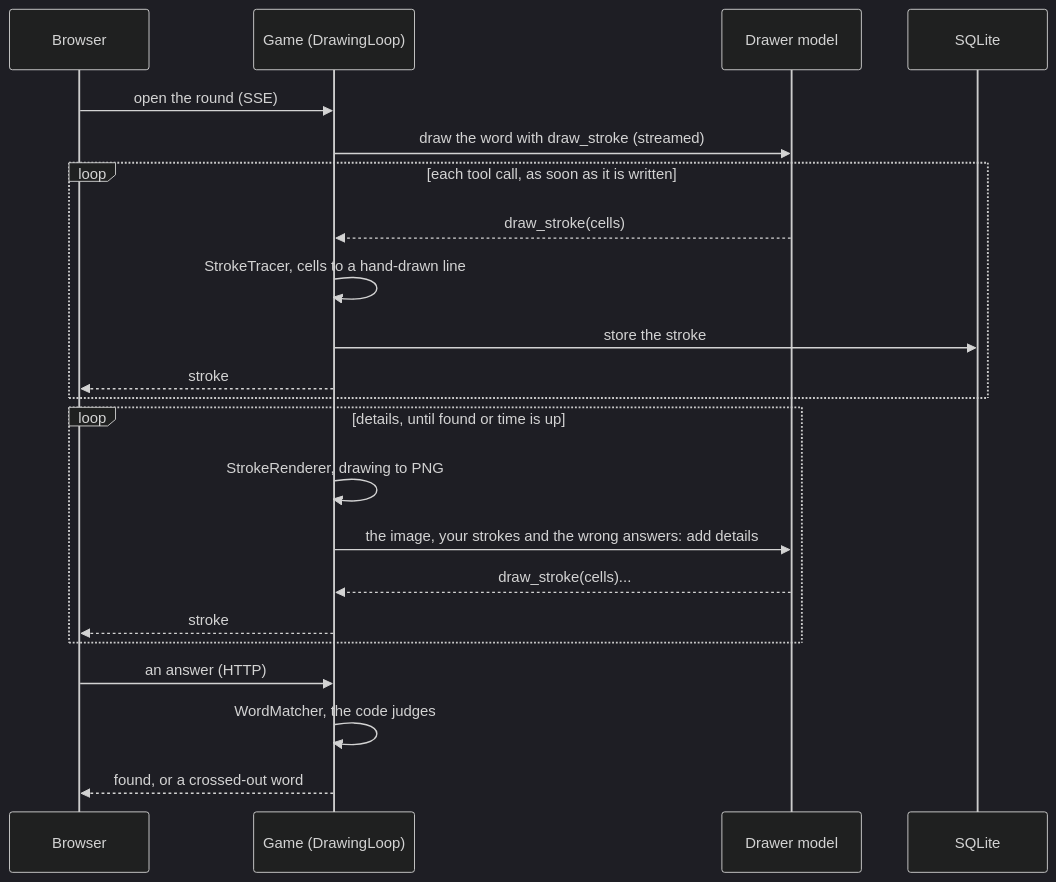
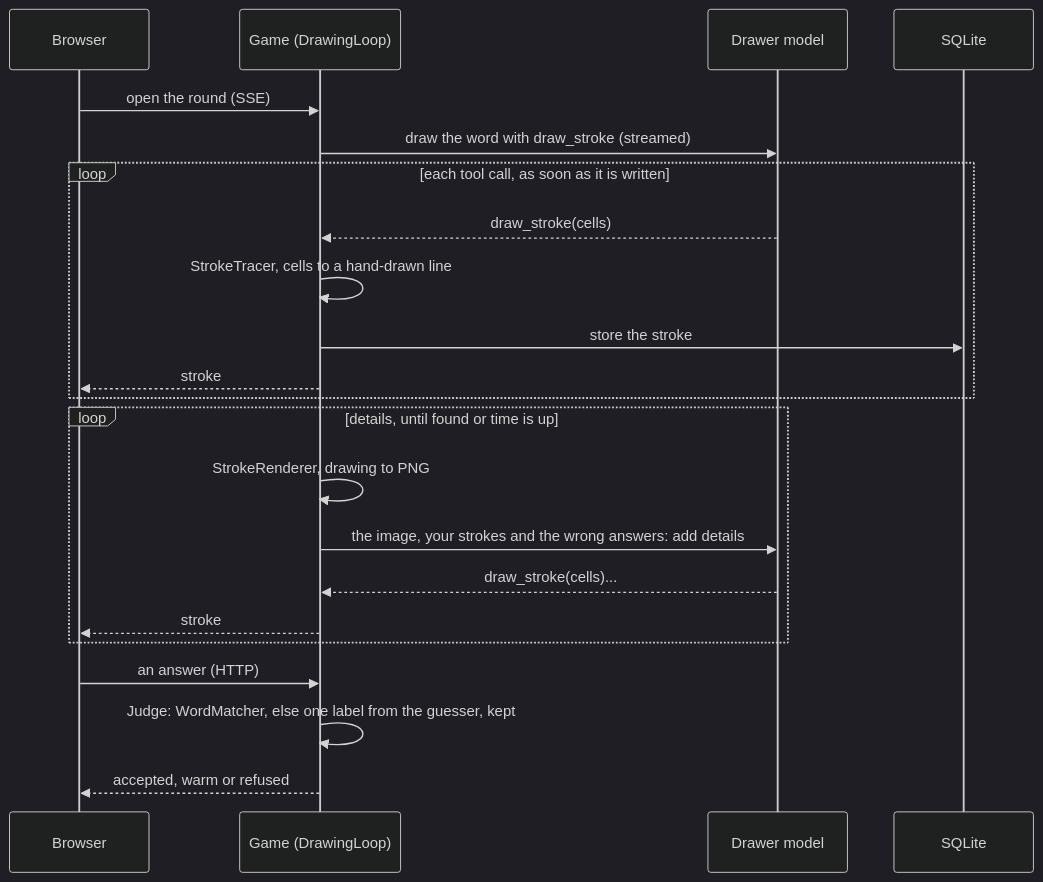
The second of 3 diagrams in docs/architecture.md (sowebdev/symfony-ai-hackathon-2026-draw-it-if-you-can), drawn with Mermaid (dark theme) before and after one commit. The commit also changed other lines of this file and 10 other files, not shown here.

````diff
--- a/docs/architecture.md
+++ b/docs/architecture.md
@@ -32,25 +32,25 @@
 ```mermaid
 sequenceDiagram
     participant B as Browser
     participant G as Game (DrawingLoop)
     participant M as Drawer model
     participant D as SQLite
 
     B->>G: open the round (SSE)
     G->>M: draw the word with draw_stroke (streamed)
     loop each tool call, as soon as it is written
         M-->>G: draw_stroke(cells)
         G->>G: StrokeTracer, cells to a hand-drawn line
         G->>D: store the stroke
         G-->>B: stroke
     end
     loop details, until found or time is up
         G->>G: StrokeRenderer, drawing to PNG
         G->>M: the image, your strokes and the wrong answers: add details
         M-->>G: draw_stroke(cells)...
         G-->>B: stroke
     end
     B->>G: an answer (HTTP)
-    G->>G: WordMatcher, the code judges
-    G-->>B: found, or a crossed-out word
+    G->>G: Judge: WordMatcher, else one label from the guesser, kept
+    G-->>B: accepted, warm or refused
 ```
````
